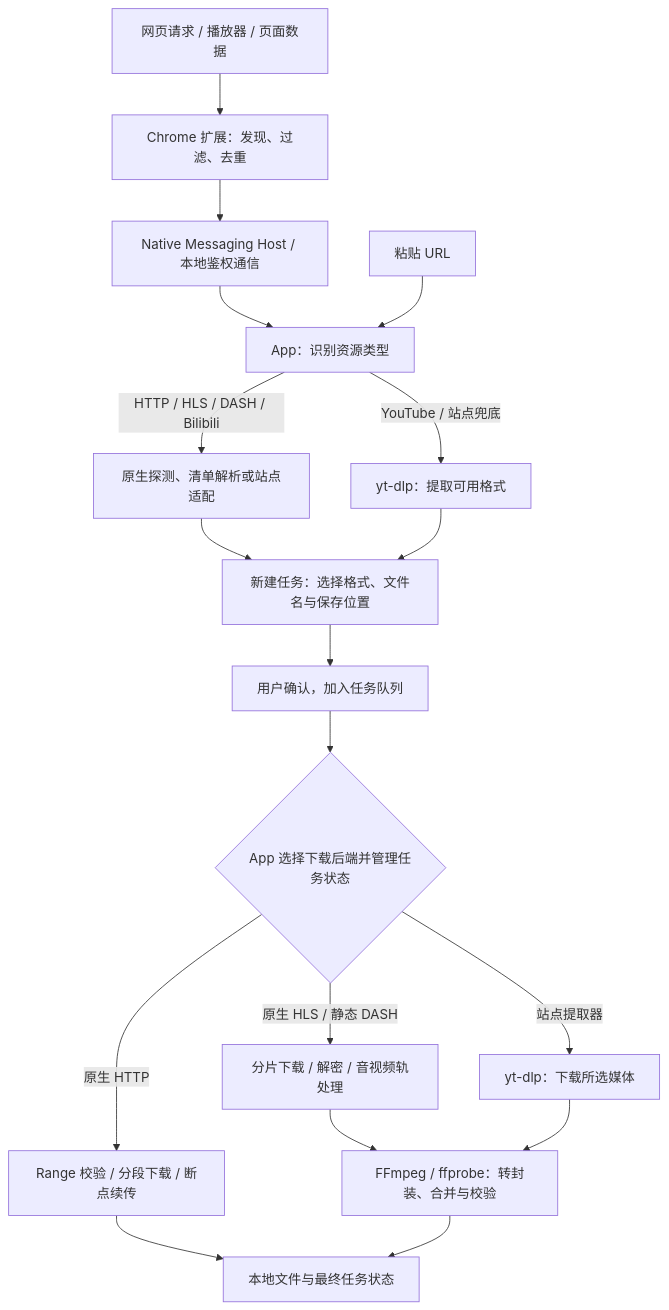
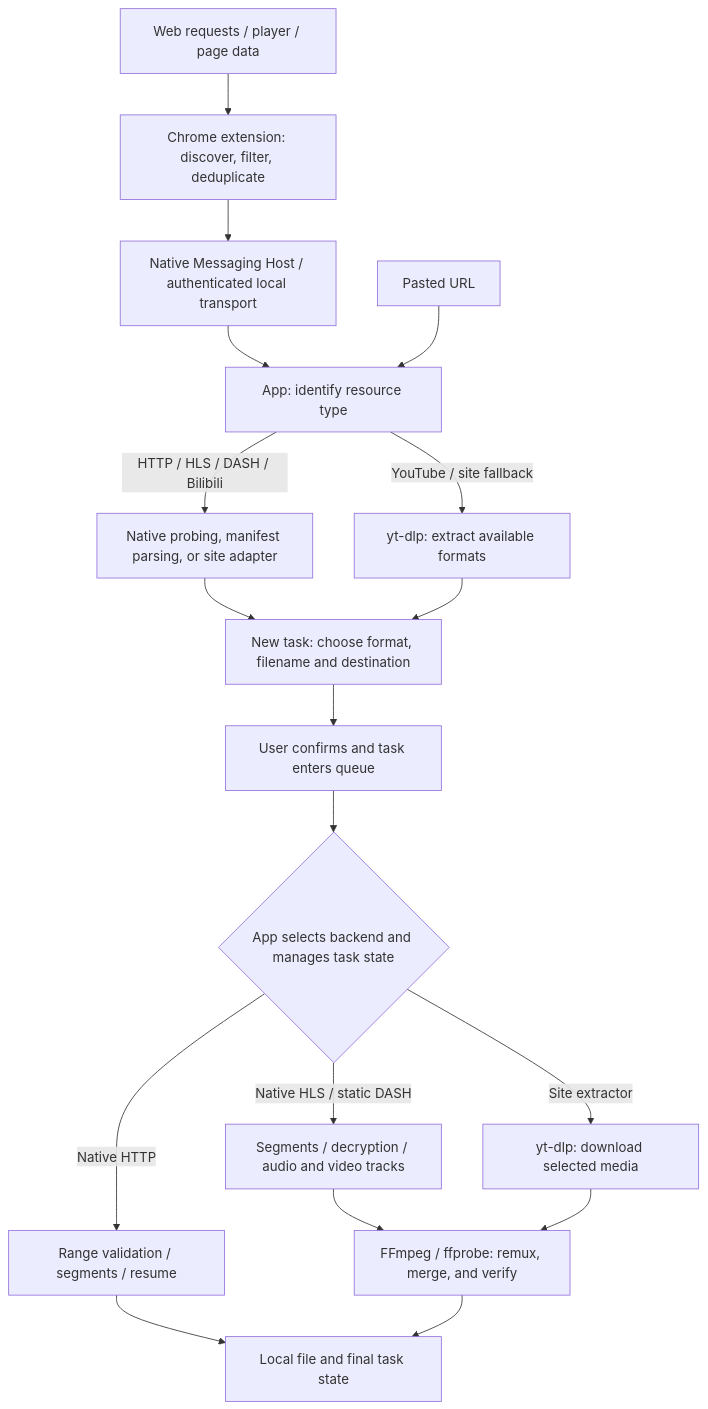
One commit to Raters0/MacIDM changed the diagram in README.md. Above: the diagram before and after it, drawn with Mermaid. The commit also changed other lines of this file and 2 other files, not shown here.

````diff
--- a/README.md
+++ b/README.md
@@ -46,20 +43,20 @@
 ```mermaid
 flowchart TD
-    Page[网页请求 / 播放器 / 页面数据] --> Sniff[Chrome 扩展：发现、过滤、去重]
-    Sniff --> Bridge[Native Messaging Host / 本地鉴权通信]
-    Bridge --> Inspect[App：识别资源类型]
-    URL[粘贴 URL] --> Inspect
-    Inspect -->|HTTP / HLS / DASH / Bilibili| NativeInspect[原生探测、清单解析或站点适配]
-    Inspect -->|YouTube / 站点兜底| SiteInspect[yt-dlp：提取可用格式]
-    NativeInspect --> Draft[新建任务：选择格式、文件名与保存位置]
+    Page[Web requests / player / page data] --> Sniff[Chrome extension: discover, filter, deduplicate]
+    Sniff --> Bridge[Native Messaging Host / authenticated local transport]
+    Bridge --> Inspect[App: identify resource type]
+    URL[Pasted URL] --> Inspect
+    Inspect -->|HTTP / HLS / DASH / Bilibili| NativeInspect[Native probing, manifest parsing, or site adapter]
+    Inspect -->|YouTube / site fallback| SiteInspect[yt-dlp: extract available formats]
+    NativeInspect --> Draft[New task: choose format, filename and destination]
     SiteInspect --> Draft
-    Draft --> Confirm[用户确认，加入任务队列]
-    Confirm --> Route{App 选择下载后端并管理任务状态}
-    Route -->|原生 HTTP| HTTP[Range 校验 / 分段下载 / 断点续传]
-    Route -->|原生 HLS / 静态 DASH| Media[分片下载 / 解密 / 音视频轨处理]
-    Route -->|站点提取器| YT[yt-dlp：下载所选媒体]
-    Media --> FF[FFmpeg / ffprobe：转封装、合并与校验]
+    Draft --> Confirm[User confirms and task enters queue]
+    Confirm --> Route{App selects backend and manages task state}
+    Route -->|Native HTTP| HTTP[Range validation / segments / resume]
+    Route -->|Native HLS / static DASH| Media[Segments / decryption / audio and video tracks]
+    Route -->|Site extractor| YT[yt-dlp: download selected media]
+    Media --> FF[FFmpeg / ffprobe: remux, merge, and verify]
     YT --> FF
     HTTP --> Output
-    FF --> Output[本地文件与最终任务状态]
+    FF --> Output[Local file and final task state]
 ```
````
